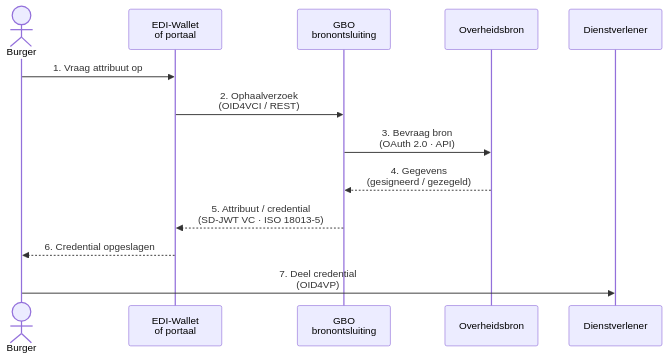
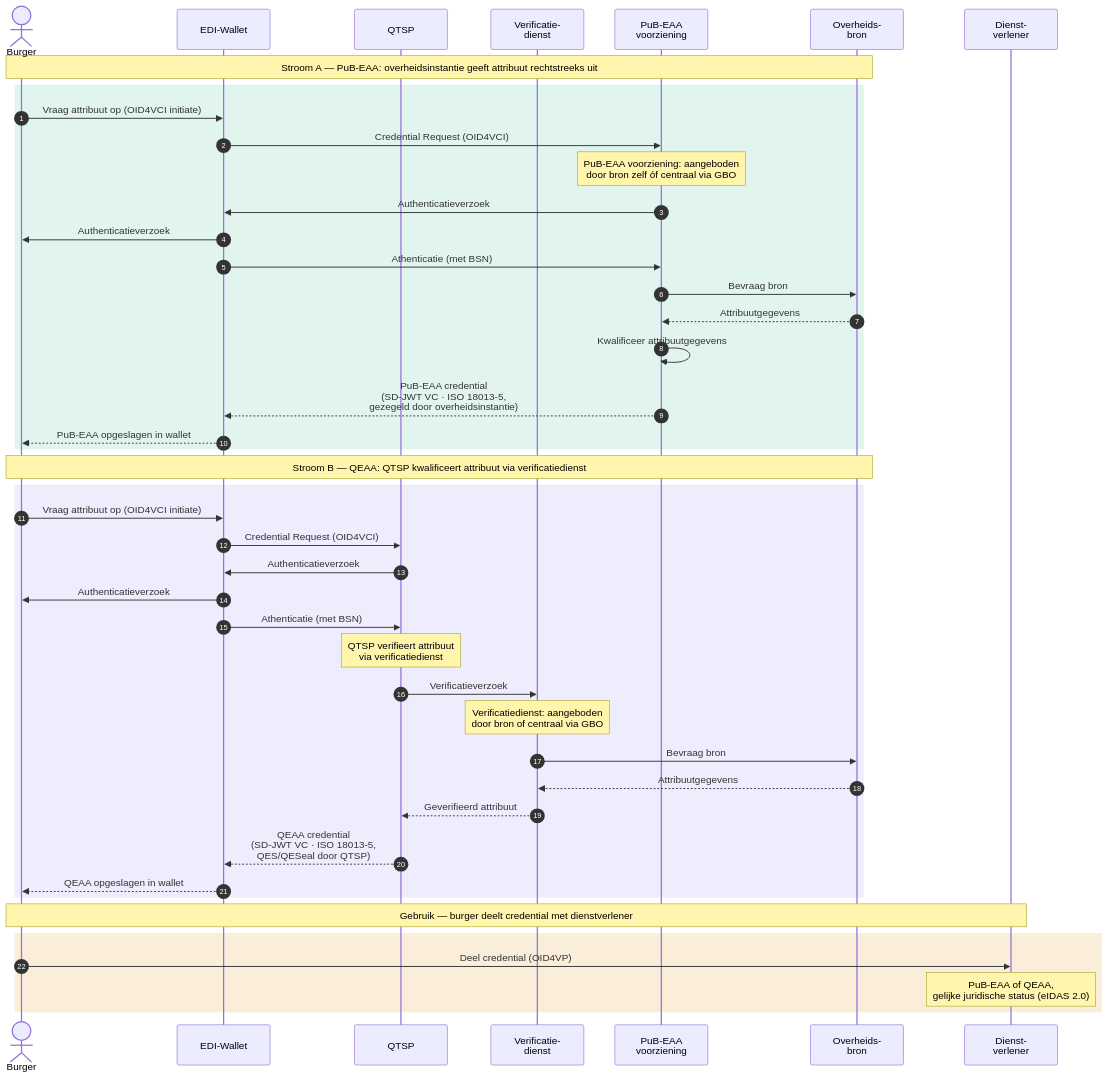
Before and after one commit to ICTU/GBO: the diagram in docs/diagrammen/interactiepatroon-EDI-Wallet.mmd, drawn with Mermaid.

````diff
--- a/docs/diagrammen/interactiepatroon-EDI-Wallet.mmd
+++ b/docs/diagrammen/interactiepatroon-EDI-Wallet.mmd
@@ -3,18 +3,54 @@
 ``` mermaid
 
 sequenceDiagram
+    autonumber
     actor Burger
-    participant Wallet as EDI-Wallet<br/>of portaal
-    participant GBO as GBO<br/>bronontsluiting
-    participant Bron as Overheidsbron
-    participant DV as Dienstverlener
+    participant Wallet as EDI-Wallet
+    participant QTSP as QTSP
+    participant VerifDienst as Verificatie-<br/>dienst
+    participant PubEAA as PuB-EAA<br/>voorziening
+    participant Bron as Overheids-<br/>bron
+    participant DV as Dienst-<br/>verlener
 
-    Burger->>Wallet: 1. Vraag attribuut op
-    Wallet->>GBO: 2. Ophaalverzoek<br/>(OID4VCI / REST)
-    GBO->>Bron: 3. Bevraag bron<br/>(OAuth 2.0 · API)
-    Bron-->>GBO: 4. Gegevens<br/>(gesigneerd / gezegeld)
-    GBO-->>Wallet: 5. Attribuut / credential<br/>(SD-JWT VC · ISO 18013-5)
-    Wallet-->>Burger: 6. Credential opgeslagen
-    Burger->>DV: 7. Deel credential<br/>(OID4VP)
+    Note over Burger,Bron: Stroom A — PuB-EAA: overheidsinstantie geeft attribuut rechtstreeks uit
+
+    rect rgb(225, 245, 238)
+        Burger->>Wallet: Vraag attribuut op (OID4VCI initiate)
+        Wallet->>PubEAA: Credential Request (OID4VCI)
+        Note over PubEAA: PuB-EAA voorziening: aangeboden<br/>door bron zelf óf centraal via GBO
+        PubEAA->>Wallet: Authenticatieverzoek
+        Wallet->>Burger: Authenticatieverzoek
+        Wallet->>PubEAA: Athenticatie (met BSN)
+        PubEAA->>Bron: Bevraag bron
+        Bron-->>PubEAA: Attribuutgegevens
+        PubEAA->>PubEAA: Kwalificeer attribuutgegevens
+        PubEAA-->>Wallet: PuB-EAA credential<br/>(SD-JWT VC · ISO 18013-5,<br/>gezegeld door overheidsinstantie)
+        Wallet-->>Burger: PuB-EAA opgeslagen in wallet
+    end
+
+    Note over Burger,Bron: Stroom B — QEAA: QTSP kwalificeert attribuut via verificatiedienst
+
+    rect rgb(238, 237, 254)
+        Burger->>Wallet: Vraag attribuut op (OID4VCI initiate)
+        Wallet->>QTSP: Credential Request (OID4VCI)
+        QTSP->>Wallet: Authenticatieverzoek
+        Wallet->>Burger: Authenticatieverzoek
+        Wallet->>QTSP: Athenticatie (met BSN)
+        Note over QTSP: QTSP verifieert attribuut<br/>via verificatiedienst
+        QTSP->>VerifDienst: Verificatieverzoek
+        Note over VerifDienst: Verificatiedienst: aangeboden<br/>door bron of centraal via GBO
+        VerifDienst->>Bron: Bevraag bron
+        Bron-->>VerifDienst: Attribuutgegevens
+        VerifDienst-->>QTSP: Geverifieerd attribuut
+        QTSP-->>Wallet: QEAA credential<br/>(SD-JWT VC · ISO 18013-5,<br/>QES/QESeal door QTSP)
+        Wallet-->>Burger: QEAA opgeslagen in wallet
+    end
+
+    Note over Burger,DV: Gebruik — burger deelt credential met dienstverlener
+
+    rect rgb(250, 238, 218)
+        Burger->>DV: Deel credential (OID4VP)
+        Note over DV: PuB-EAA of QEAA,<br/>gelijke juridische status (eIDAS 2.0)
+    end
 
 ```
````
